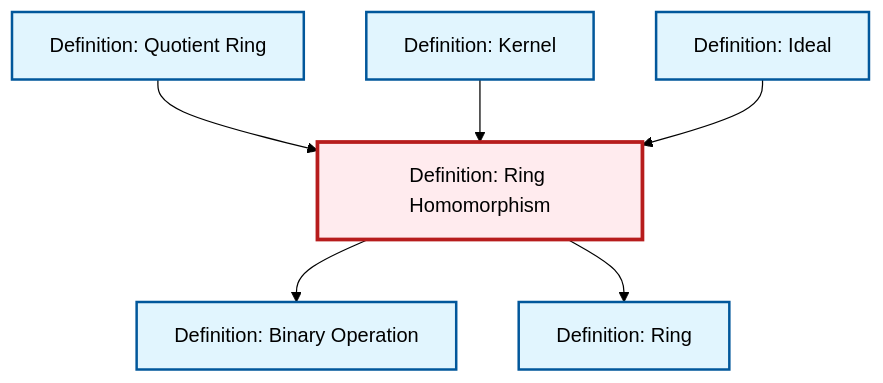
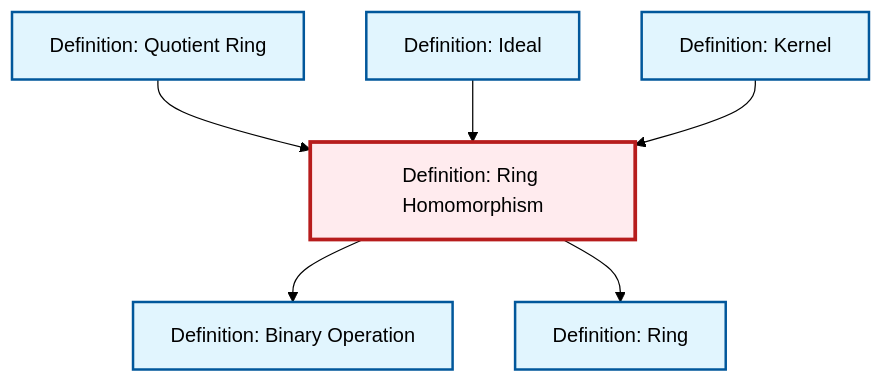
One commit to RK0429/ModernMath changed the diagram in content/ja/algebra/def-ring-homomorphism.qmd. Above: the diagram before and after it, drawn with Mermaid (forest theme). The commit also changed other lines of this file and 654 other files, not shown here.

````diff
--- a/content/ja/algebra/def-ring-homomorphism.qmd
+++ b/content/ja/algebra/def-ring-homomorphism.qmd
@@ -87,26 +87,26 @@
 ```{mermaid}
 %%| fig-cap: "Local dependency graph"
 graph TD
     classDef definition fill:#e1f5fe,stroke:#01579b,stroke-width:2px
     classDef theorem fill:#f3e5f5,stroke:#4a148c,stroke-width:2px
     classDef axiom fill:#fff3e0,stroke:#e65100,stroke-width:2px
     classDef example fill:#e8f5e9,stroke:#1b5e20,stroke-width:2px
     classDef current fill:#ffebee,stroke:#b71c1c,stroke-width:3px
     def-quotient-ring["Definition: Quotient Ring"]:::definition
-    def-binary-operation["Definition: Binary Operation"]:::definition
     def-ring-homomorphism["Definition: Ring Homomorphism"]:::definition
     def-ring["Definition: Ring"]:::definition
     def-kernel["Definition: Kernel"]:::definition
+    def-binary-operation["Definition: Binary Operation"]:::definition
     def-ideal["Definition: Ideal"]:::definition
+    def-ring-homomorphism --> def-binary-operation
+    def-ring-homomorphism --> def-ring
     def-quotient-ring --> def-ring-homomorphism
-    def-ring-homomorphism --> def-binary-operation
+    def-ideal --> def-ring-homomorphism
     def-kernel --> def-ring-homomorphism
-    def-ring-homomorphism --> def-ring
-    def-ideal --> def-ring-homomorphism
     class def-ring-homomorphism current
     click def-quotient-ring "def-quotient-ring.html" "Definition: Quotient Ringへ"
-    click def-binary-operation "def-binary-operation.html" "Definition: Binary Operationへ"
     click def-ring "def-ring.html" "Definition: Ringへ"
     click def-kernel "def-kernel.html" "Definition: Kernelへ"
+    click def-binary-operation "def-binary-operation.html" "Definition: Binary Operationへ"
     click def-ideal "def-ideal.html" "Definition: Idealへ"
 ```
````
